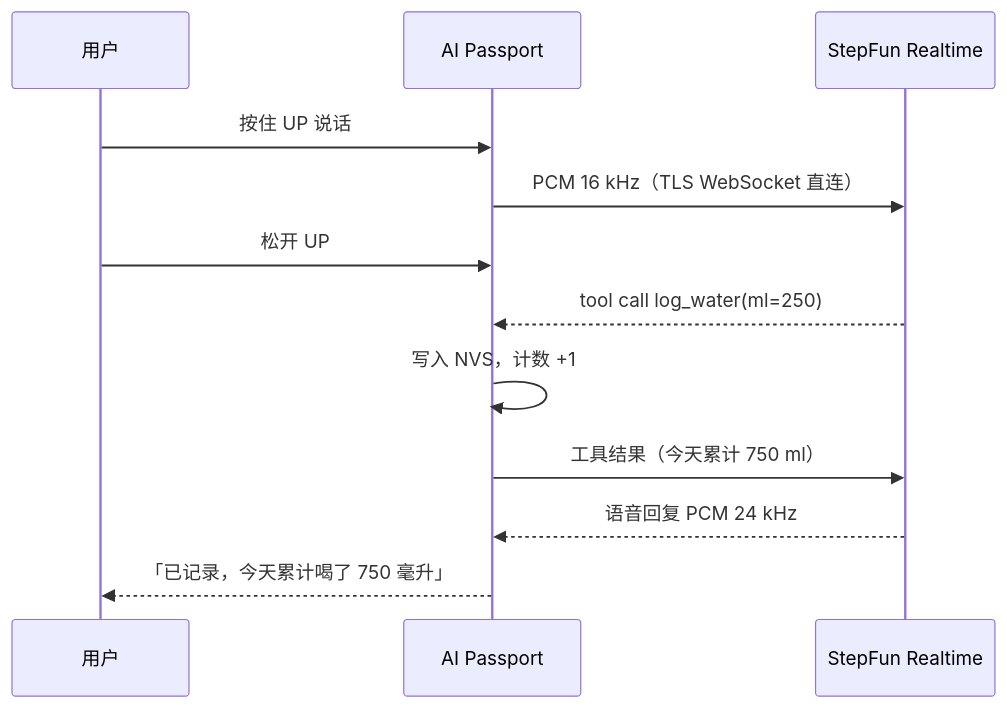
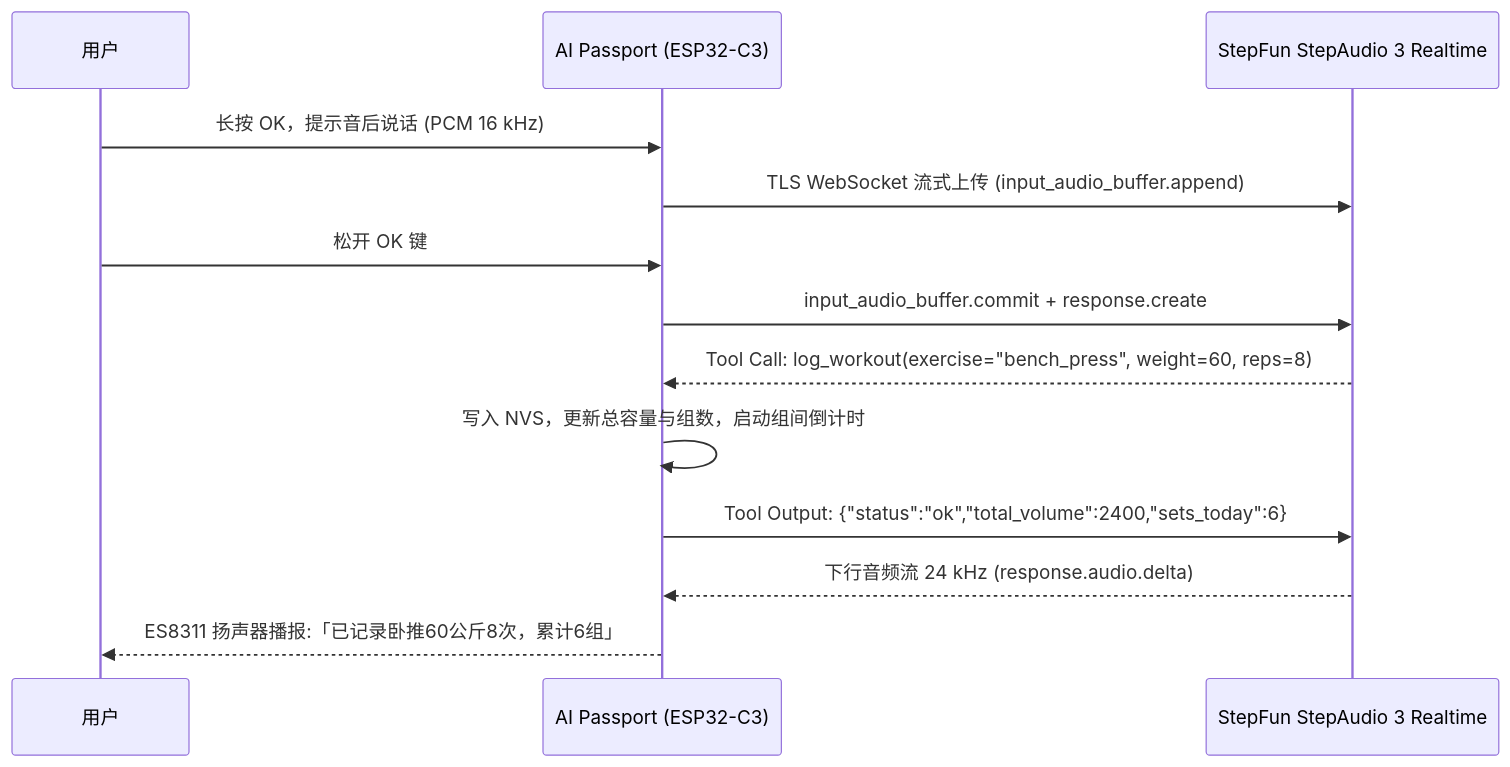
The diagram in README.zh_CN.md (iFwu/passport-health-buddy), drawn with Mermaid before and after one commit. The commit also changed other lines of this file and 70 other files, not shown here.

````diff
--- a/README.zh_CN.md
+++ b/README.zh_CN.md
@@ -23,14 +87,15 @@
 ```mermaid
 sequenceDiagram
-    participant U as 用户
-    participant D as AI Passport
-    participant S as StepFun Realtime
-    U->>D: 按住 UP 说话
-    D->>S: PCM 16 kHz（TLS WebSocket 直连）
-    U->>D: 松开 UP
-    S-->>D: tool call log_water(ml=250)
-    D->>D: 写入 NVS，计数 +1
-    D->>S: 工具结果（今天累计 750 ml）
-    S-->>D: 语音回复 PCM 24 kHz
-    D-->>U: 「已记录，今天累计喝了 750 毫升」
+    participant User as 用户
+    participant Passport as AI Passport (ESP32-C3)
+    participant StepFun as StepFun StepAudio 3 Realtime
+    User->>Passport: 长按 OK，提示音后说话 (PCM 16 kHz)
+    Passport->>StepFun: TLS WebSocket 流式上传 (input_audio_buffer.append)
+    User->>Passport: 松开 OK 键
+    Passport->>StepFun: input_audio_buffer.commit + response.create
+    StepFun-->>Passport: Tool Call: log_workout(exercise="bench_press", weight=60, reps=8)
+    Passport->>Passport: 写入 NVS，更新总容量与组数，启动组间倒计时
+    Passport->>StepFun: Tool Output: {"status":"ok","total_volume":2400,"sets_today":6}
+    StepFun-->>Passport: 下行音频流 24 kHz (response.audio.delta)
+    Passport-->>User: ES8311 扬声器播报:「已记录卧推60公斤8次，累计6组」
 ```
````
